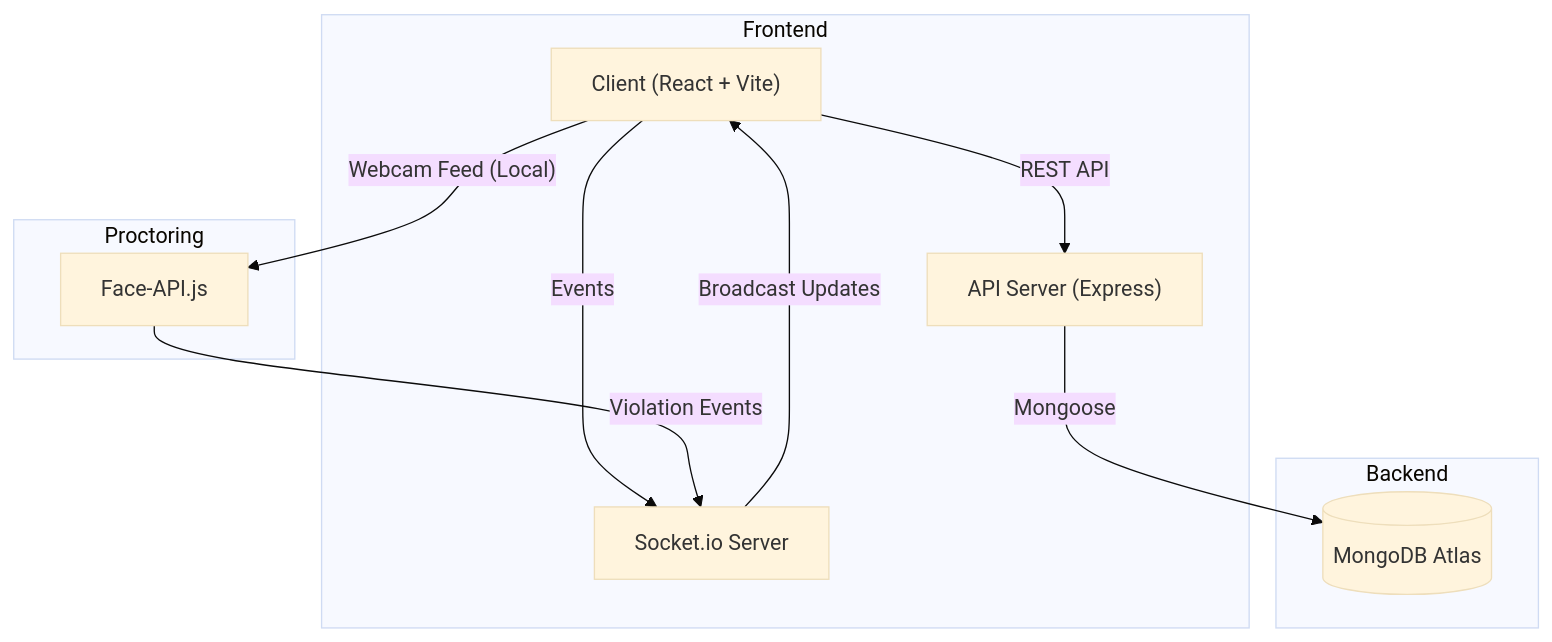
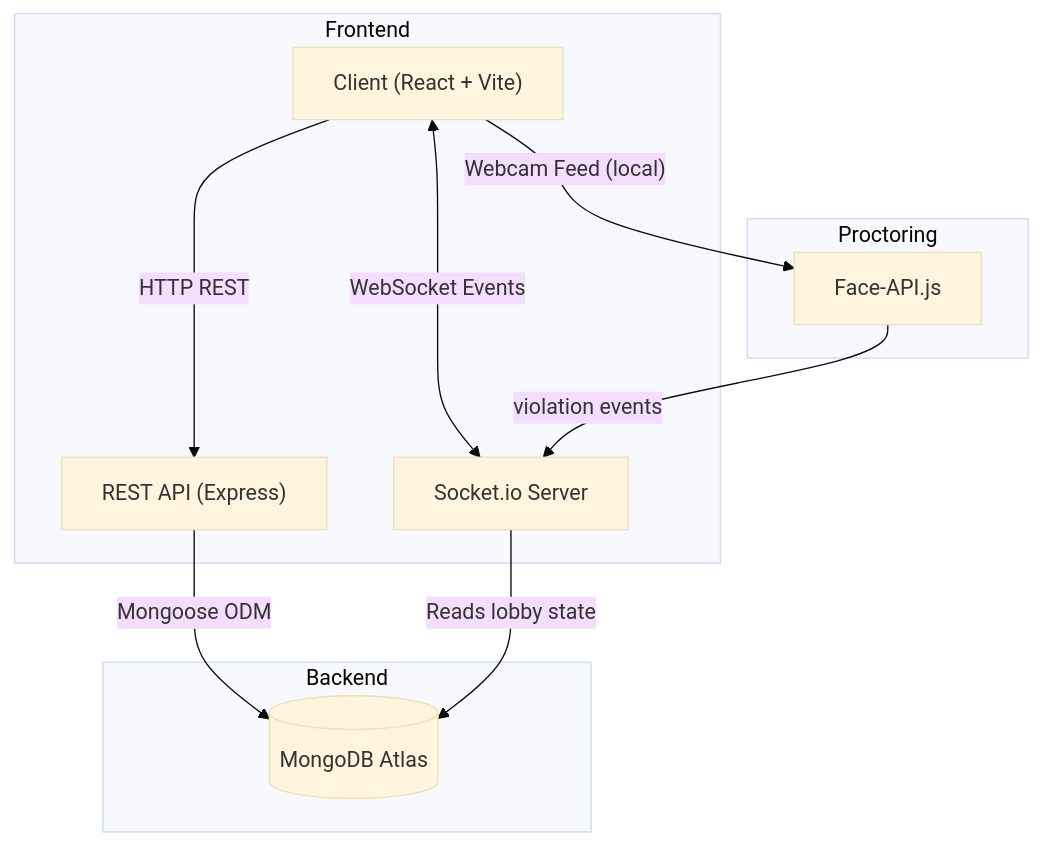
The diagram in README.md (04shubham7/AssessX), drawn with Mermaid (base theme) before and after one commit. The commit also changed other lines of this file, not shown here.

````diff
--- a/README.md
+++ b/README.md
@@ -44,22 +67,22 @@
 ```mermaid
 graph TD
     Client["Client (React + Vite)"]
-    Server["API Server (Express)"]
+    Server["REST API (Express)"]
     DB[("MongoDB Atlas")]
     Socket["Socket.io Server"]
-    
+
     subgraph Frontend
-    Client -->|REST API| Server
-    Client -->|Events| Socket
+        Client -->|HTTP REST| Server
+        Client <-->|WebSocket Events| Socket
     end
-    
+
     subgraph Backend
-    Server -->|Mongoose| DB
-    Socket -->|Broadcast Updates| Client
+        Server -->|Mongoose ODM| DB
+        Socket -->|Reads lobby state| DB
     end
-    
+
     subgraph Proctoring
-    Client -- "Webcam Feed (Local)" --> FaceAPI["Face-API.js"]
-    FaceAPI -- "Violation Events" --> Socket
+        Client -- "Webcam Feed (local)" --> FaceAPI["Face-API.js"]
+        FaceAPI -- "violation events" --> Socket
     end
 ```
````
